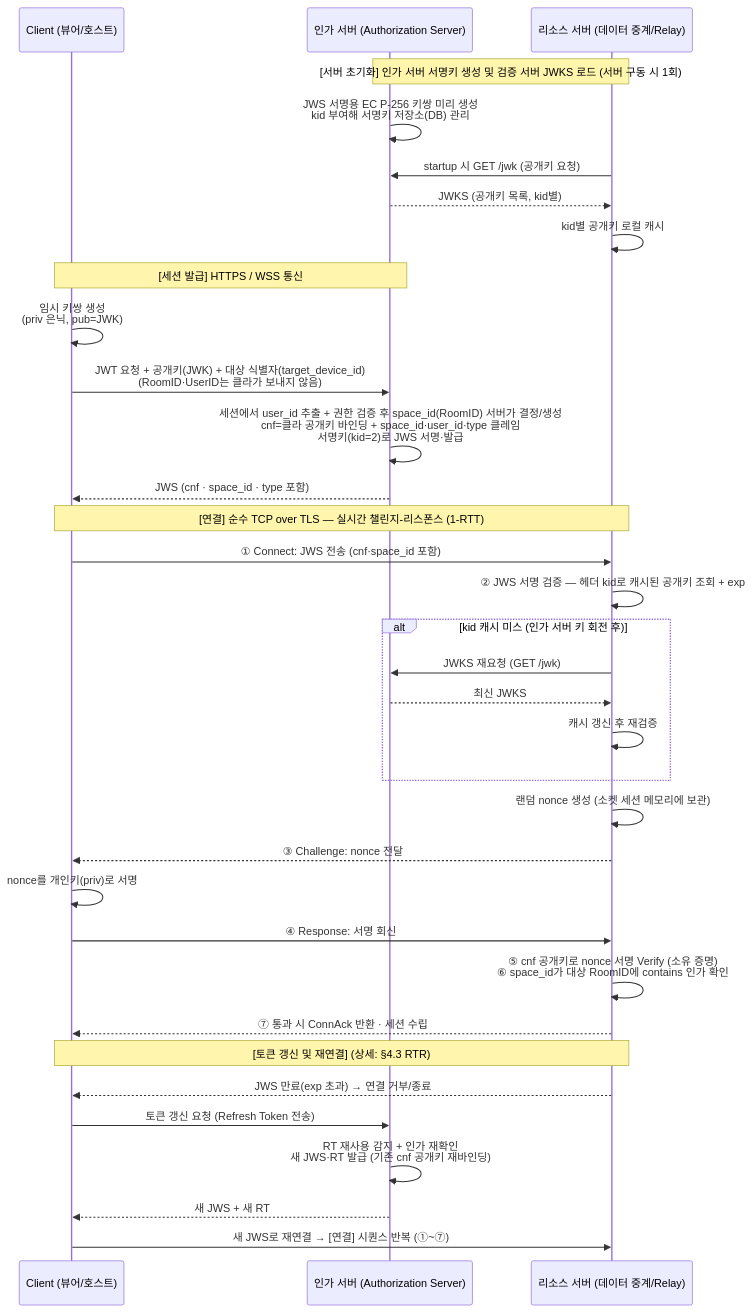
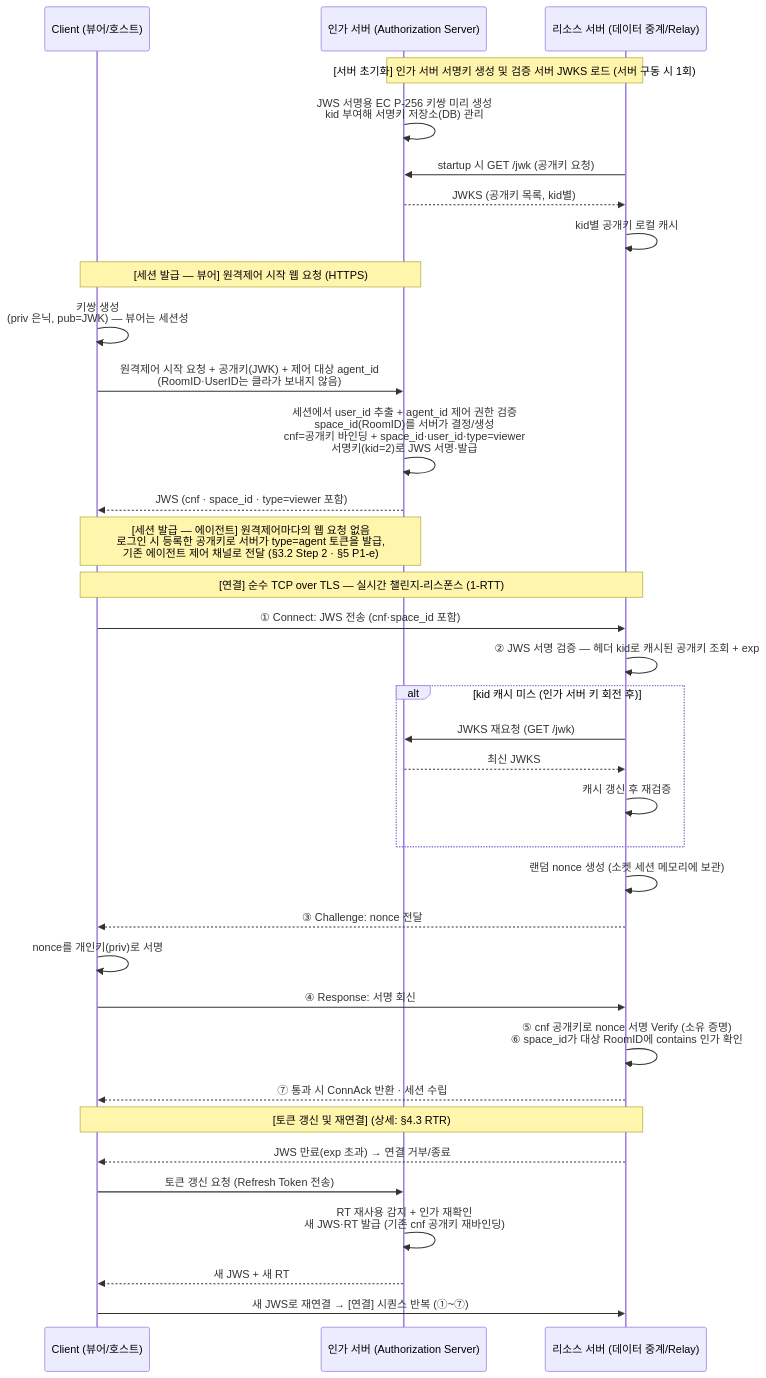
The third of 4 diagrams in spring-security/docs/auth-architecture/sender-constrained-relay-architecture.md (gmoon92/toy), drawn with Mermaid before and after one commit. The commit also changed other lines of this file and 1 other file, not shown here.

First line of the commit message:
docs(auth-architecture): 클라이언트 키 수명·대상 전달 경로 명확화

````diff
--- a/spring-security/docs/auth-architecture/sender-constrained-relay-architecture.md
+++ b/spring-security/docs/auth-architecture/sender-constrained-relay-architecture.md
@@ -183,40 +183,41 @@
 ```mermaid
 sequenceDiagram
     participant C as Client (뷰어/호스트)
     participant S as 인가 서버 (Authorization Server)
     participant R as 리소스 서버 (데이터 중계/Relay)
 
     Note over S, R: [서버 초기화] 인가 서버 서명키 생성 및 검증 서버 JWKS 로드 (서버 구동 시 1회)
     S ->> S: JWS 서명용 EC P-256 키쌍 미리 생성<br/>kid 부여해 서명키 저장소(DB) 관리
     R ->> S: startup 시 GET /jwk (공개키 요청)
     S -->> R: JWKS (공개키 목록, kid별)
     R ->> R: kid별 공개키 로컬 캐시
 
-    Note over C, S: [세션 발급] HTTPS / WSS 통신
-    C ->> C: 임시 키쌍 생성<br/>(priv 은닉, pub=JWK)
-    C ->> S: JWT 요청 + 공개키(JWK) + 대상 식별자(target_device_id)<br/>(RoomID·UserID는 클라가 보내지 않음)
-    S ->> S: 세션에서 user_id 추출 + 권한 검증 후 space_id(RoomID) 서버가 결정/생성<br/>cnf=클라 공개키 바인딩 + space_id·user_id·type 클레임<br/>서명키(kid=2)로 JWS 서명·발급
-    S -->> C: JWS (cnf · space_id · type 포함)
+    Note over C, S: [세션 발급 — 뷰어] 원격제어 시작 웹 요청 (HTTPS)
+    C ->> C: 키쌍 생성<br/>(priv 은닉, pub=JWK) — 뷰어는 세션성
+    C ->> S: 원격제어 시작 요청 + 공개키(JWK) + 제어 대상 agent_id<br/>(RoomID·UserID는 클라가 보내지 않음)
+    S ->> S: 세션에서 user_id 추출 + agent_id 제어 권한 검증<br/>space_id(RoomID)를 서버가 결정/생성<br/>cnf=공개키 바인딩 + space_id·user_id·type=viewer<br/>서명키(kid=2)로 JWS 서명·발급
+    S -->> C: JWS (cnf · space_id · type=viewer 포함)
+    Note over C, S: [세션 발급 — 에이전트] 원격제어마다의 웹 요청 없음<br/>로그인 시 등록한 공개키로 서버가 type=agent 토큰을 발급,<br/>기존 에이전트 제어 채널로 전달 (§3.2 Step 2 · §5 P1-e)
 
     Note over C, R: [연결] 순수 TCP over TLS — 실시간 챌린지-리스폰스 (1-RTT)
     C ->> R: ① Connect: JWS 전송 (cnf·space_id 포함)
     R ->> R: ② JWS 서명 검증 — 헤더 kid로 캐시된 공개키 조회 + exp
     alt kid 캐시 미스 (인가 서버 키 회전 후)
         R ->> S: JWKS 재요청 (GET /jwk)
         S -->> R: 최신 JWKS
         R ->> R: 캐시 갱신 후 재검증
     end
     R ->> R: 랜덤 nonce 생성 (소켓 세션 메모리에 보관)
     R -->> C: ③ Challenge: nonce 전달
     C ->> C: nonce를 개인키(priv)로 서명
     C ->> R: ④ Response: 서명 회신
     R ->> R: ⑤ cnf 공개키로 nonce 서명 Verify (소유 증명)<br/>⑥ space_id가 대상 RoomID에 contains 인가 확인
     R -->> C: ⑦ 통과 시 ConnAck 반환 · 세션 수립
 
     Note over C, R: [토큰 갱신 및 재연결] (상세: §4.3 RTR)
     R -->> C: JWS 만료(exp 초과) → 연결 거부/종료
     C ->> S: 토큰 갱신 요청 (Refresh Token 전송)
     S ->> S: RT 재사용 감지 + 인가 재확인<br/>새 JWS·RT 발급 (기존 cnf 공개키 재바인딩)
     S -->> C: 새 JWS + 새 RT
     C ->> R: 새 JWS로 재연결 → [연결] 시퀀스 반복 (①~⑦)
 ```
````
